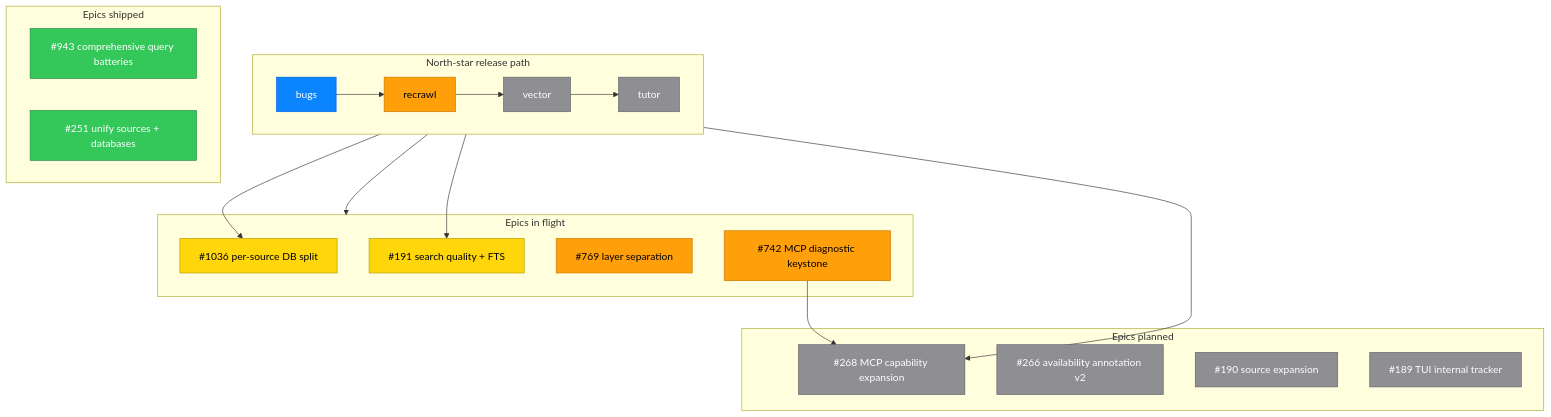
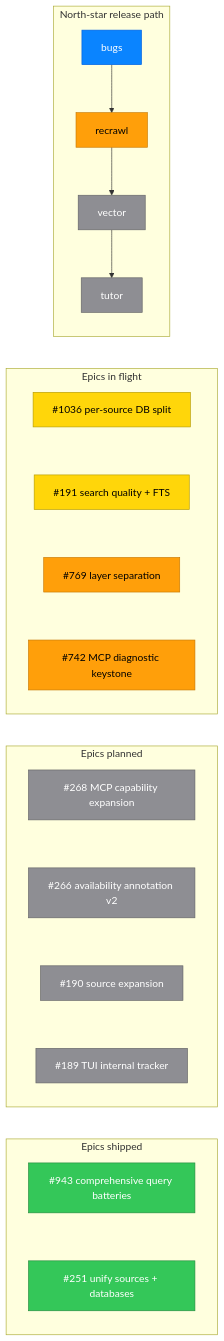
Before and after one commit to mihaelamj/cupertino: the diagram in README.md, drawn with Mermaid. The commit also changed other lines of this file, not shown here.

Commit message:
docs(readme): make roadmap diagram fully vertical (#1217)

````diff
--- a/README.md
+++ b/README.md
@@ -664,39 +664,30 @@
 ```mermaid
 flowchart TB
   classDef done    fill:#34C759,stroke:#248A3D,color:#ffffff;
   classDef active  fill:#0A84FF,stroke:#0060DF,color:#ffffff;
-  classDef review  fill:#5E5CE6,stroke:#3634A3,color:#ffffff;
   classDef next    fill:#FF9F0A,stroke:#C77700,color:#000000;
   classDef partial fill:#FFD60A,stroke:#B59B00,color:#000000;
   classDef todo    fill:#8E8E93,stroke:#636366,color:#ffffff;
 
   subgraph Path["North-star release path"]
-    direction LR
+    direction TB
     P1["bugs"]:::active --> P2["recrawl"]:::next --> P3["vector"]:::todo --> P4["tutor"]:::todo
   end
 
   subgraph InFlight["Epics in flight"]
-    E1036["#1036 per-source DB split"]:::partial
-    E191["#191 search quality + FTS"]:::partial
-    E769["#769 layer separation"]:::next
-    E742["#742 MCP diagnostic keystone"]:::next
+    direction TB
+    E1036["#1036 per-source DB split"]:::partial ~~~ E191["#191 search quality + FTS"]:::partial ~~~ E769["#769 layer separation"]:::next ~~~ E742["#742 MCP diagnostic keystone"]:::next
   end
 
   subgraph Planned["Epics planned"]
-    E268["#268 MCP capability expansion"]:::todo
-    E266["#266 availability annotation v2"]:::todo
-    E190["#190 source expansion"]:::todo
-    E189["#189 TUI internal tracker"]:::todo
+    direction TB
+    E268["#268 MCP capability expansion"]:::todo ~~~ E266["#266 availability annotation v2"]:::todo ~~~ E190["#190 source expansion"]:::todo ~~~ E189["#189 TUI internal tracker"]:::todo
   end
 
   subgraph Shipped["Epics shipped"]
-    E943["#943 comprehensive query batteries"]:::done
-    E251["#251 unify sources + databases"]:::done
+    direction TB
+    E943["#943 comprehensive query batteries"]:::done ~~~ E251["#251 unify sources + databases"]:::done
   end
 
-  Path --> InFlight
-  P1 --> E1036
-  P2 --> E191
-  P3 --> E268
-  E742 --> E268
+  Path ~~~ InFlight ~~~ Planned ~~~ Shipped
 ```
````
